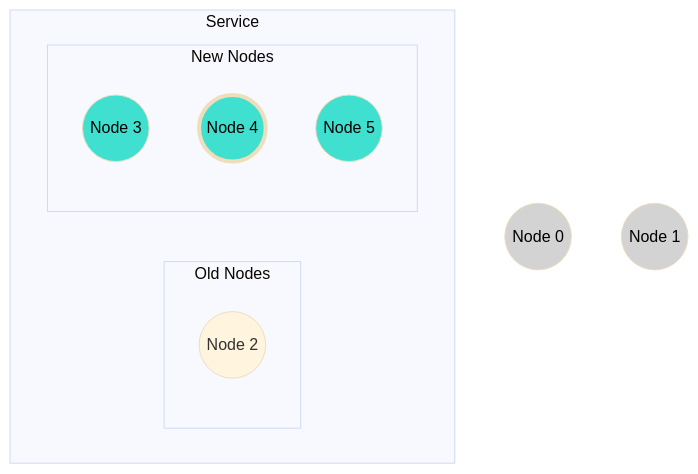
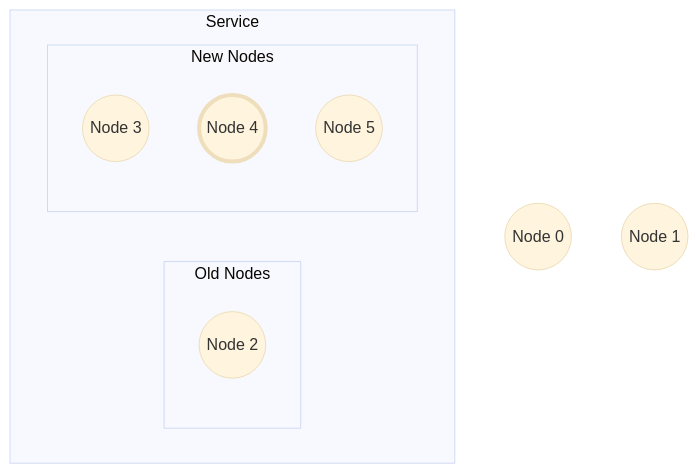
One commit to microsoft/CCF changed the fourth of 6 diagrams in doc/operations/code_upgrade.rst. Above: the diagram before and after it, drawn with Mermaid (base theme). The commit also changed other lines of this file and 3 other files, not shown here.

First line of the commit message:
Use Pele defaults for diagram rendering

```diff
--- a/doc/operations/code_upgrade.rst
+++ b/doc/operations/code_upgrade.rst
@@ -104,27 +94,20 @@
 .. mermaid::
 
     graph TB;
-        classDef NewNode fill:Turquoise,color:black
-        classDef RetiredNode fill:LightGray,color:black
         classDef Primary stroke-width:4px
 
         Node0((Node 0))
         Node1((Node 1))
-        class Node0 RetiredNode
-        class Node1 RetiredNode
 
         subgraph Service
             subgraph Old Nodes
                 Node2((Node 2))
             end
 
             subgraph New Nodes
                 Node3((Node 3))
                 Node4((Node 4))
                 class Node4 Primary
                 Node5((Node 5))
-                class Node3 NewNode
-                class Node4 NewNode
-                class Node5 NewNode
             end
         end
```
